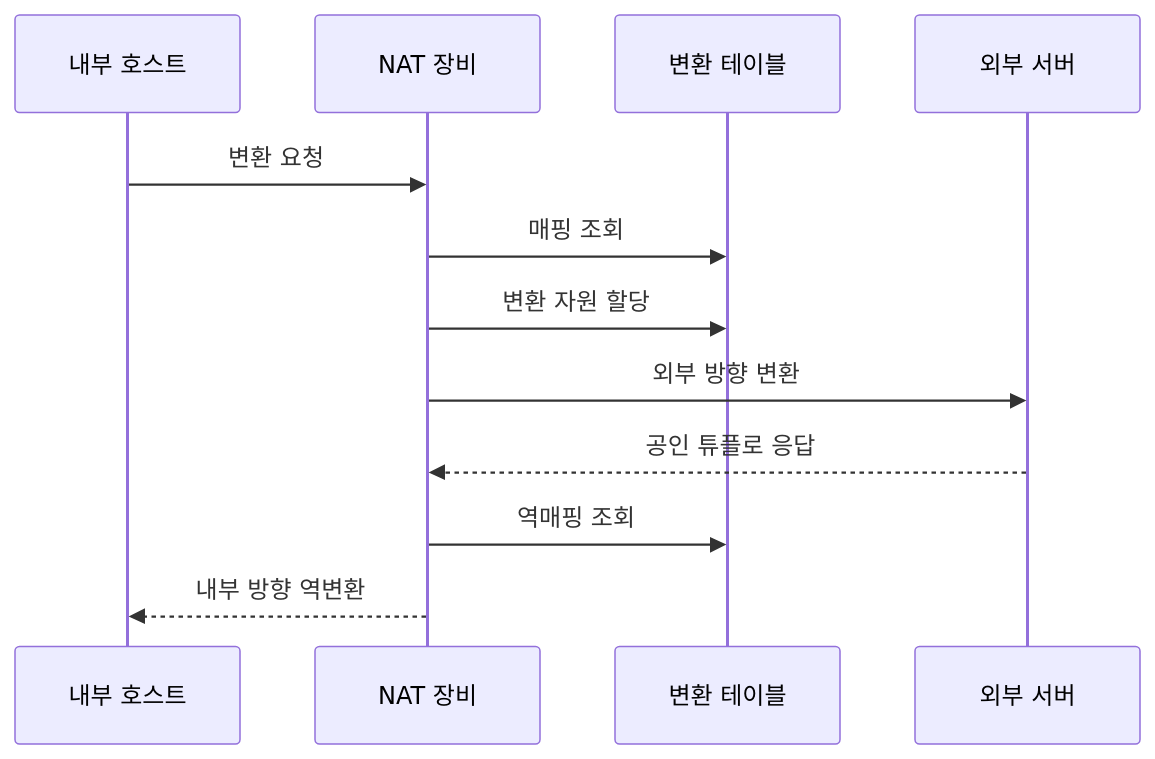
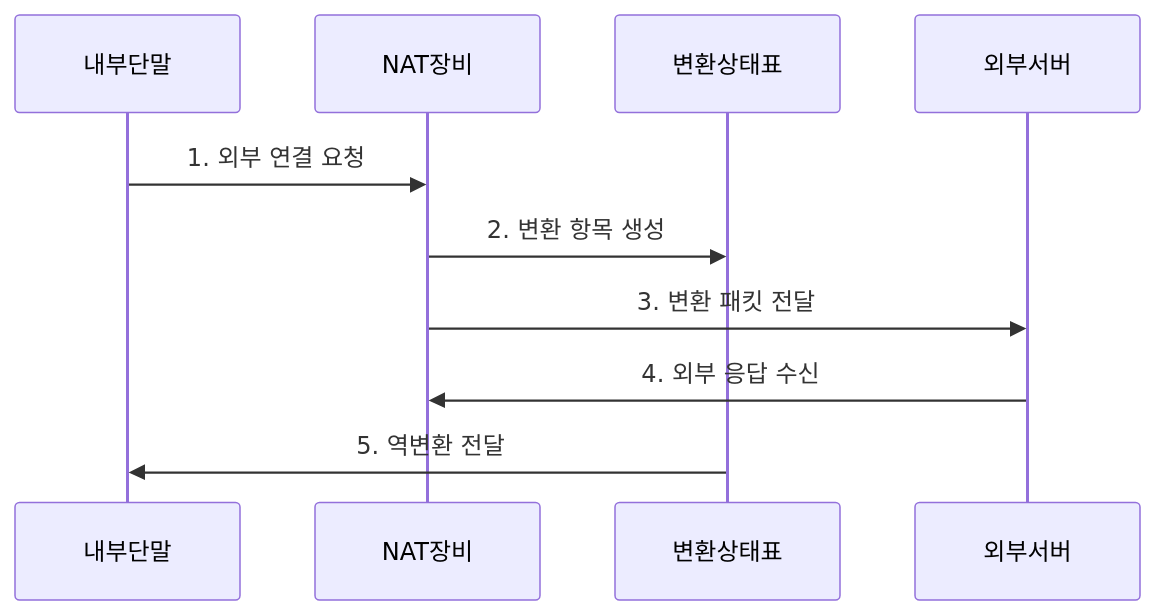
The second of 2 diagrams in src/content/docs/notes/04-network/009_nat_pat_network_address_translation.md (agnusdei1207/knowledge-base), drawn with Mermaid before and after one commit. The commit also changed other lines of this file and 20 other files, not shown here.

````diff
--- a/src/content/docs/notes/04-network/009_nat_pat_network_address_translation.md
+++ b/src/content/docs/notes/04-network/009_nat_pat_network_address_translation.md
@@ -79,14 +85,12 @@
 ```mermaid
 sequenceDiagram
-    participant H as 내부 호스트
-    participant N as NAT 장비
-    participant T as 변환 테이블
-    participant S as 외부 서버
-    H->>N: 변환 요청
-    N->>T: 매핑 조회
-    N->>T: 변환 자원 할당
-    N->>S: 외부 방향 변환
-    S-->>N: 공인 튜플로 응답
-    N->>T: 역매핑 조회
-    N-->>H: 내부 방향 역변환
+    participant 내부단말
+    participant NAT장비
+    participant 변환상태표
+    participant 외부서버
+    내부단말->>NAT장비: 1. 외부 연결 요청
+    NAT장비->>변환상태표: 2. 변환 항목 생성
+    NAT장비->>외부서버: 3. 변환 패킷 전달
+    외부서버->>NAT장비: 4. 외부 응답 수신
+    변환상태표->>내부단말: 5. 역변환 전달
 ```
````
